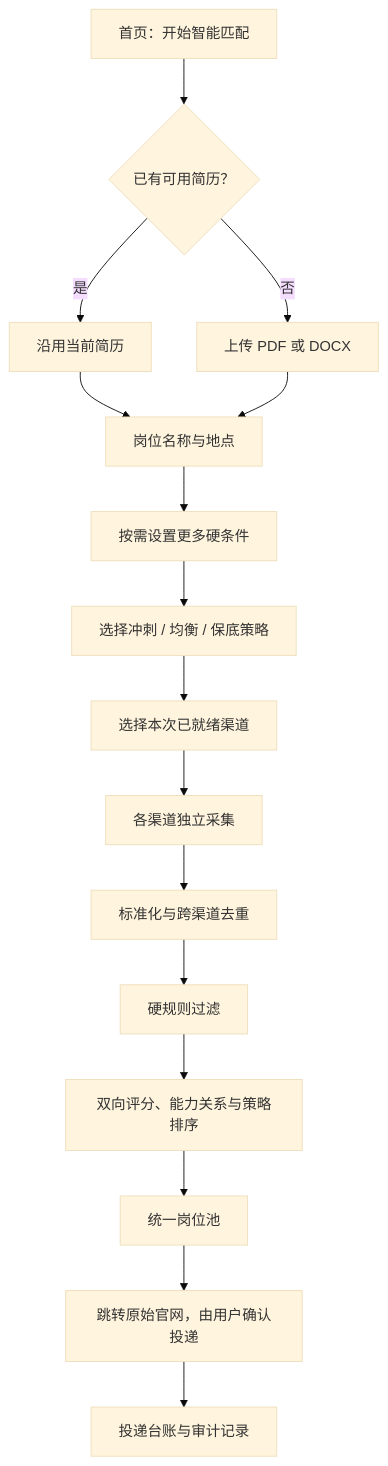
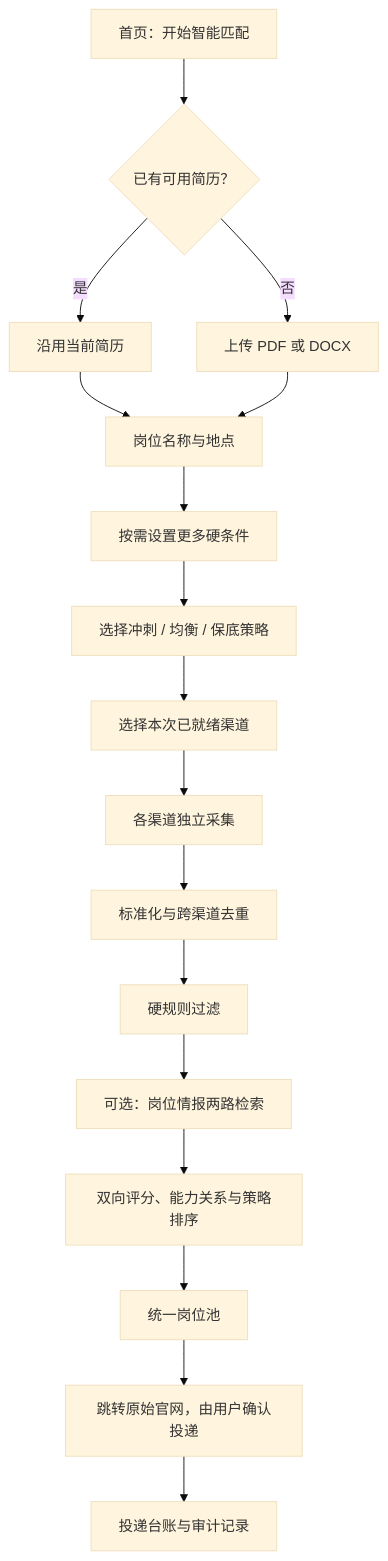
Before and after one commit to dailaor/job-agent: the diagram in docs/MAINTENANCE.md, drawn with Mermaid (base theme). The commit also changed other lines of this file and 52 other files, not shown here.

````diff
--- a/docs/MAINTENANCE.md
+++ b/docs/MAINTENANCE.md
@@ -9,18 +9,19 @@
 ```mermaid
 flowchart TD
     A["首页：开始智能匹配"] --> B{"已有可用简历？"}
     B -->|"是"| C["沿用当前简历"]
     B -->|"否"| D["上传 PDF 或 DOCX"]
     C --> E["岗位名称与地点"]
     D --> E
     E --> F["按需设置更多硬条件"]
     F --> G["选择冲刺 / 均衡 / 保底策略"]
     G --> H["选择本次已就绪渠道"]
     H --> I["各渠道独立采集"]
     I --> J["标准化与跨渠道去重"]
     J --> K["硬规则过滤"]
-    K --> L["双向评分、能力关系与策略排序"]
+    K --> KA["可选：岗位情报两路检索"]
+    KA --> L["双向评分、能力关系与策略排序"]
     L --> M["统一岗位池"]
     M --> N["跳转原始官网，由用户确认投递"]
     N --> O["投递台账与审计记录"]
 ```
````
